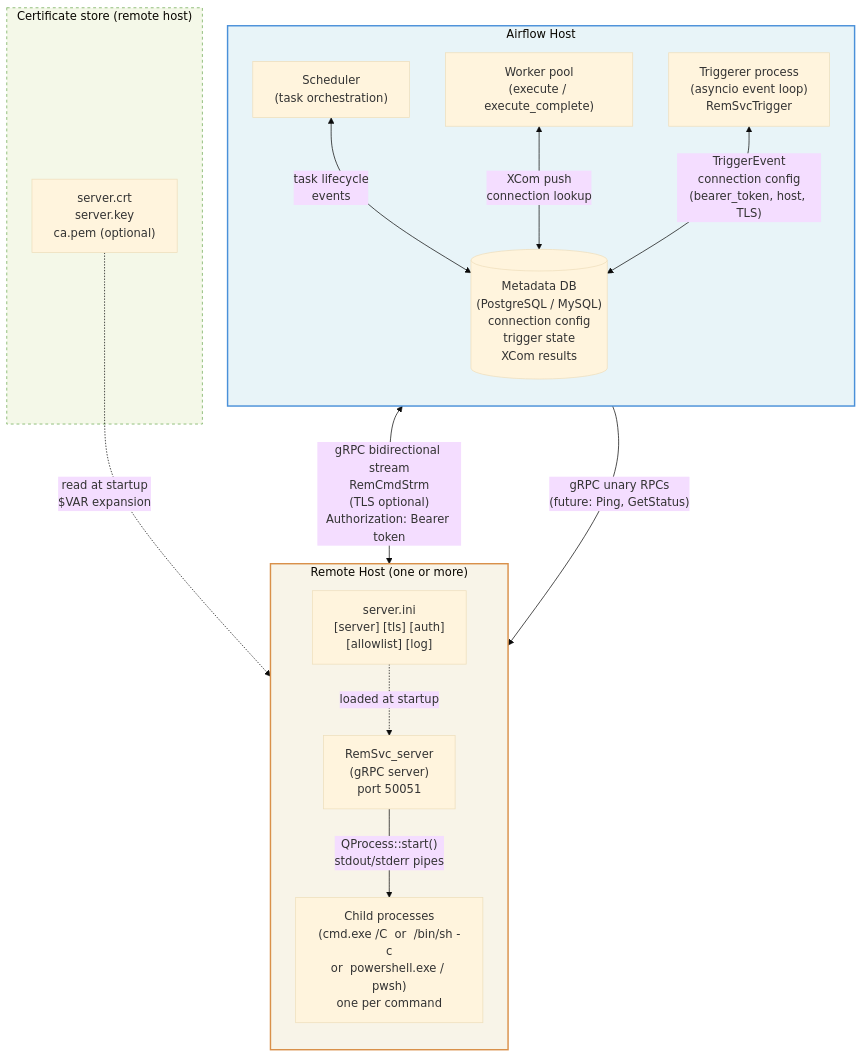
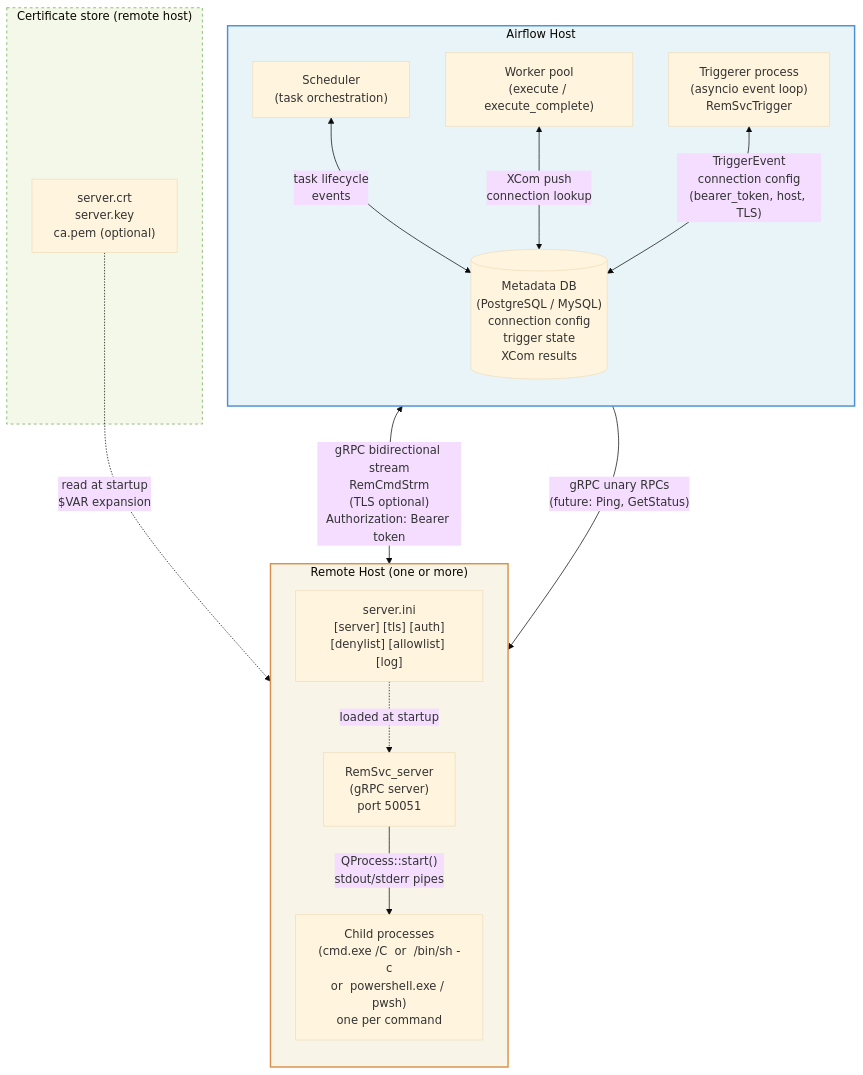
Before and after one commit to semihc/RemSvc: the first of 2 diagrams in doc/diagram-deployment-topology.md, drawn with Mermaid (base theme). The commit also changed other lines of this file and 14 other files, not shown here.

````diff
--- a/doc/diagram-deployment-topology.md
+++ b/doc/diagram-deployment-topology.md
@@ -6,38 +6,38 @@
 ```mermaid
 graph TB
     subgraph airflow_host ["Airflow Host"]
         direction TB
         SCH["Scheduler\n(task orchestration)"]
         WRK["Worker pool\n(execute / execute_complete)"]
         TRG["Triggerer process\n(asyncio event loop)\nRemSvcTrigger"]
         MDB[("Metadata DB\n(PostgreSQL / MySQL)\nconnection config\ntrigger state\nXCom results")]
 
         SCH <-->|"task lifecycle\nevents"| MDB
         WRK <-->|"XCom push\nconnection lookup"| MDB
         TRG <-->|"TriggerEvent\nconnection config\n(bearer_token, host, TLS)"| MDB
     end
 
     subgraph remote_host ["Remote Host (one or more)"]
         direction TB
         SRV["RemSvc_server\n(gRPC server)\nport 50051"]
         PROC["Child processes\n(cmd.exe /C  or  /bin/sh -c\nor  powershell.exe / pwsh)\none per command"]
-        INI["server.ini\n[server] [tls] [auth]\n[allowlist] [log]"]
+        INI["server.ini\n[server] [tls] [auth]\n[denylist] [allowlist] [log]"]
 
         SRV -->|"QProcess::start()\nstdout/stderr pipes"| PROC
         INI -.->|"loaded at startup"| SRV
     end
 
     subgraph certs_store ["Certificate store (remote host)"]
         CERT["server.crt\nserver.key\nca.pem (optional)"]
     end
 
     CERT -.->|"read at startup\n$VAR expansion"| SRV
 
     TRG  <-->|"gRPC bidirectional stream\nRemCmdStrm\n(TLS optional)\nAuthorization: Bearer token"| SRV
 
     WRK  -->|"gRPC unary RPCs\n(future: Ping, GetStatus)"| SRV
 
     style airflow_host  fill:#e8f4f8,stroke:#4a90d9,stroke-width:2px
     style remote_host   fill:#f8f4e8,stroke:#d9904a,stroke-width:2px
     style certs_store   fill:#f4f8e8,stroke:#6aa84f,stroke-width:1px,stroke-dasharray:4
 ```
````
